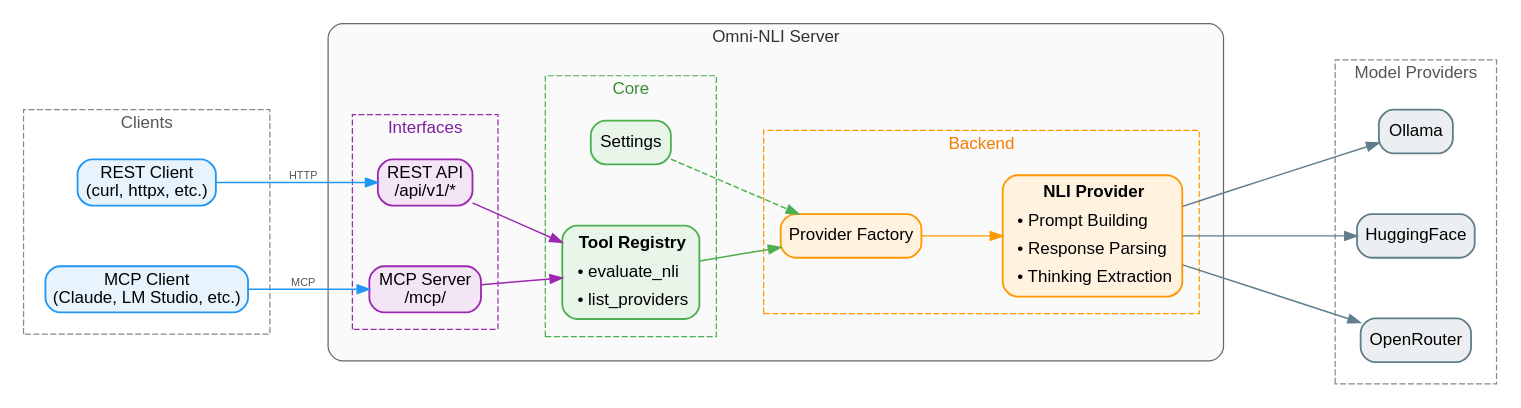
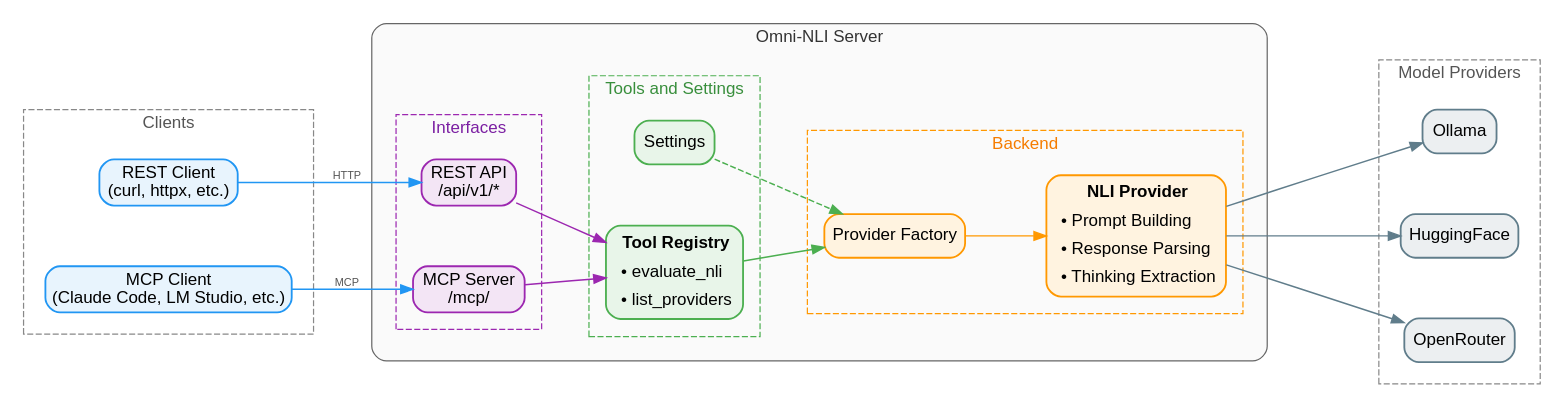
The diagram in docs/assets/diagrams/architecture.dot (CogitatorTech/omni-nli), drawn with Graphviz before and after one commit. The commit also changed 26 other files, not shown here.

```diff
--- a/docs/assets/diagrams/architecture.dot
+++ b/docs/assets/diagrams/architecture.dot
@@ -1,115 +1,115 @@
 digraph OmniNLIArchitecture {
 fontname = "Helvetica,Arial,sans-serif"
 layout = dot
 rankdir = LR
 ranksep = 0.9;
 nodesep = 0.7;
 splines = true;
 compound = true;
 bgcolor = "white"
 
 node [
 fontname = "Helvetica,Arial,sans-serif",
 shape = box,
 style = "filled,rounded",
 color = "#555555",
 fillcolor = "white",
 penwidth = 1.5
 ]
 edge [
 fontname = "Helvetica,Arial,sans-serif",
 color = "#333333",
 fontsize = 9,
 fontcolor = "#555555",
 labeldistance = 2.0,
 penwidth = 1.2
 ]
 
 subgraph cluster_clients {
 label = "Clients"
 style = "dashed"
 color = "#888888"
 fontcolor = "#555555"
 margin = 18
 rest_client [label = "REST Client\n(curl, httpx, etc.)", fillcolor = "#E8F4FD", color = "#2196F3"]
-mcp_client [label = "MCP Client\n(Claude, LM Studio, etc.)", fillcolor = "#E8F4FD", color = "#2196F3"]
+mcp_client [label = "MCP Client\n(Claude Code, LM Studio, etc.)", fillcolor = "#E8F4FD", color = "#2196F3"]
 }
 
 subgraph cluster_server {
 label = "Omni-NLI Server"
 style = "rounded"
 color = "#666666"
 fontcolor = "#333333"
 bgcolor = "#FAFAFA"
 margin = 20
 
 subgraph cluster_interfaces {
 label = "Interfaces"
 style = "dashed"
 color = "#9C27B0"
 fontcolor = "#7B1FA2"
 margin = 14
 rest_api [label = "REST API\n/api/v1/*", fillcolor = "#F3E5F5", color = "#9C27B0"]
 mcp_server [label = "MCP Server\n/mcp/", fillcolor = "#F3E5F5", color = "#9C27B0"]
 }
 
 subgraph cluster_core {
-label = "Core"
+label = "Tools and Settings"
 style = "dashed"
 color = "#4CAF50"
 fontcolor = "#388E3C"
 margin = 14
 tool_registry [label = <<table border="0" cellborder="0" cellspacing="0" cellpadding="4">
 <tr><td align="center"><b>Tool Registry</b></td></tr>
 <tr><td align="left" balign="left">• evaluate_nli</td></tr>
 <tr><td align="left" balign="left">• list_providers</td></tr>
 </table>>, fillcolor = "#E8F5E9", color = "#4CAF50", shape = box]
 settings [label = "Settings", fillcolor = "#E8F5E9", color = "#4CAF50"]
 }
 
 subgraph cluster_providers {
 label = "Backend"
 style = "dashed"
 color = "#FF9800"
 fontcolor = "#F57C00"
 margin = 14
 provider_factory [label = "Provider Factory", fillcolor = "#FFF3E0", color = "#FF9800"]
 base_provider [label = <<table border="0" cellborder="0" cellspacing="0" cellpadding="4">
 <tr><td align="center"><b>NLI Provider</b></td></tr>
 <tr><td align="left" balign="left">• Prompt Building</td></tr>
 <tr><td align="left" balign="left">• Response Parsing</td></tr>
 <tr><td align="left" balign="left">• Thinking Extraction</td></tr>
 </table>>, fillcolor = "#FFF3E0", color = "#FF9800", shape = box]
 }
 }
 
 subgraph cluster_backends {
 label = "Model Providers"
 style = "dashed"
 color = "#888888"
 fontcolor = "#555555"
 margin = 18
 ollama [label = "Ollama", fillcolor = "#ECEFF1", color = "#607D8B"]
 huggingface [label = "HuggingFace", fillcolor = "#ECEFF1", color = "#607D8B"]
 openrouter [label = "OpenRouter", fillcolor = "#ECEFF1", color = "#607D8B"]
 }
 
 // Client connections
 rest_client -> rest_api [label = "HTTP", color = "#2196F3"]
 mcp_client -> mcp_server [label = "MCP", color = "#2196F3"]
 
 // Interface to core
 rest_api -> tool_registry [color = "#9C27B0"]
 mcp_server -> tool_registry [color = "#9C27B0"]
 
 // Core to providers
 tool_registry -> provider_factory [color = "#4CAF50"]
 settings -> provider_factory [style = "dashed", color = "#4CAF50"]
 provider_factory -> base_provider [color = "#FF9800"]
 
 // Providers to backends
 base_provider -> ollama [minlen = 2, color = "#607D8B"]
 base_provider -> huggingface [minlen = 2, color = "#607D8B"]
 base_provider -> openrouter [minlen = 2, color = "#607D8B"]
 
 }
```
